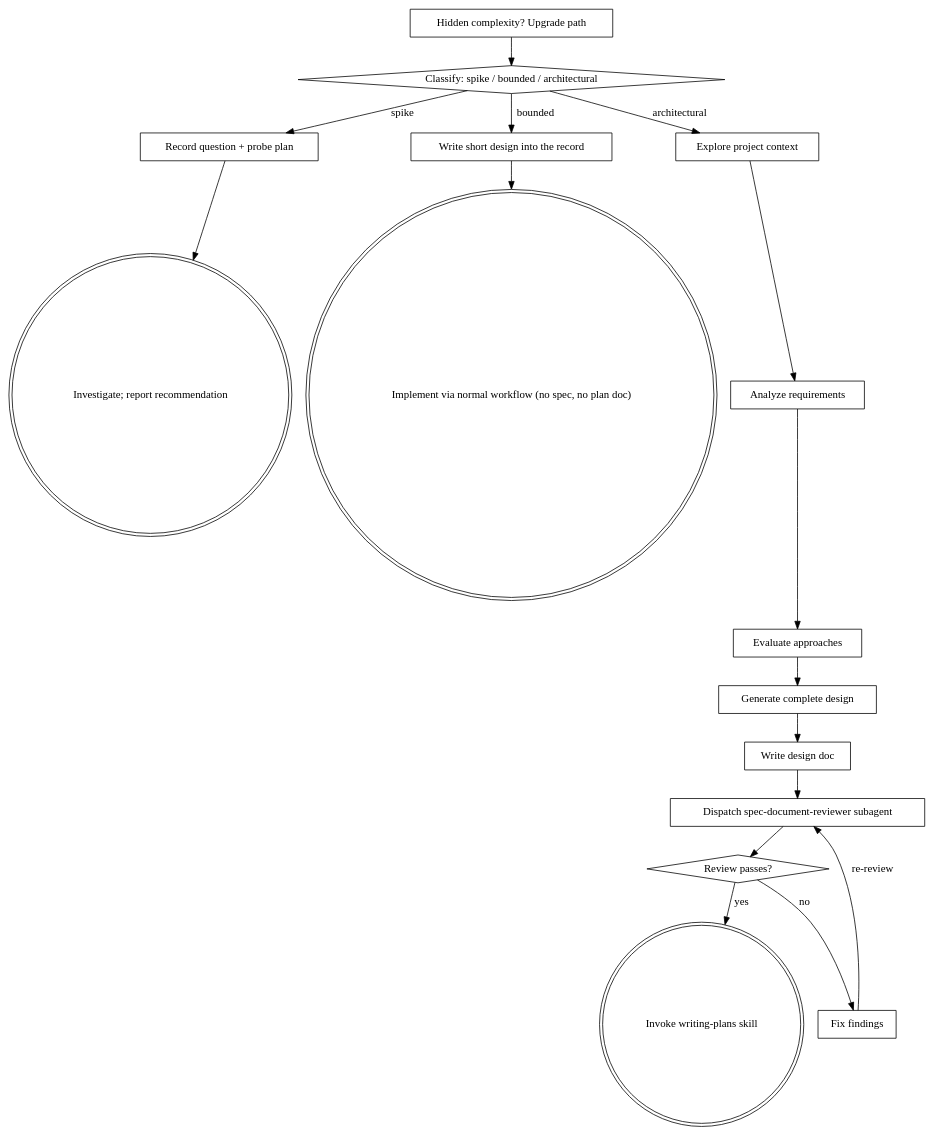
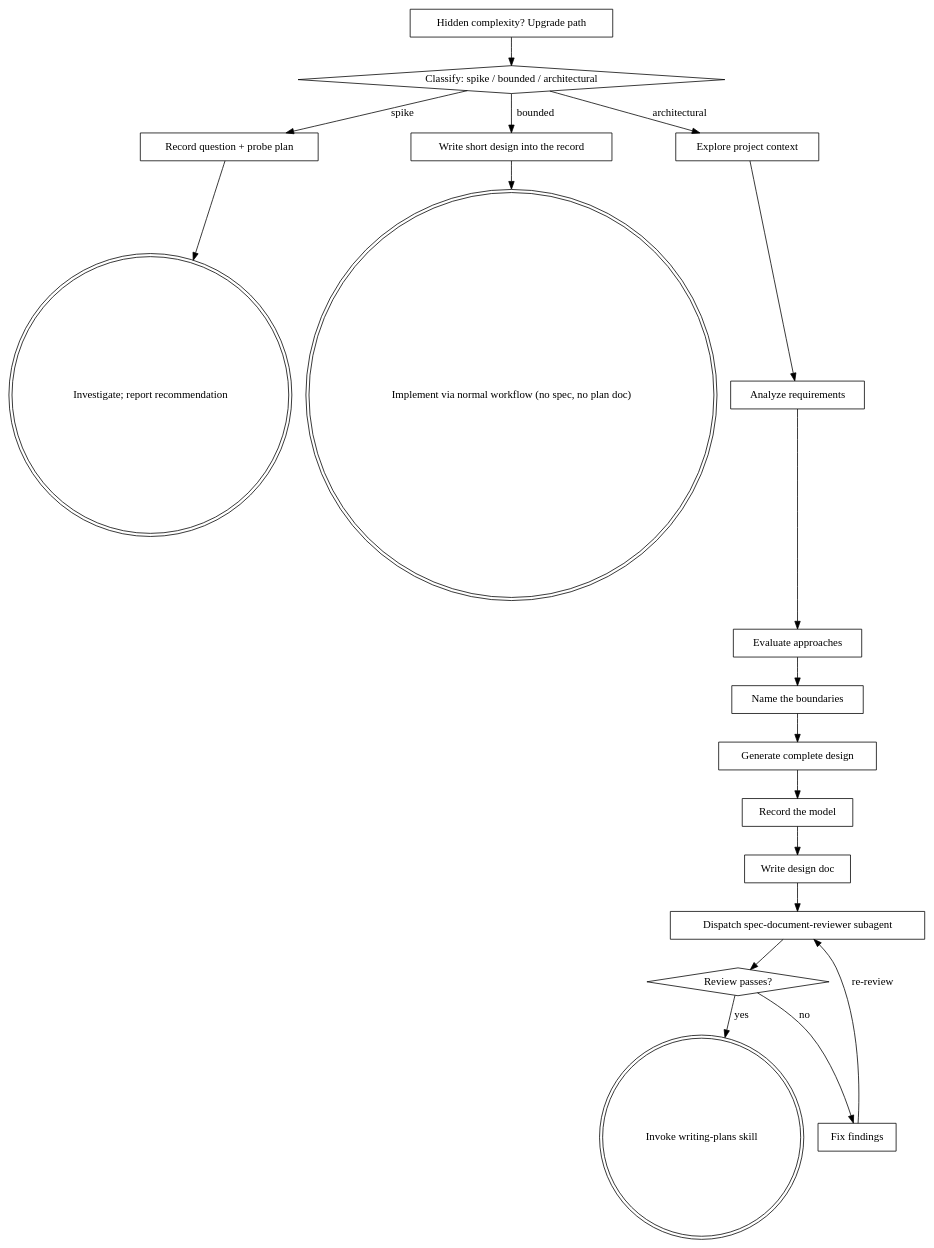
One commit to opcheese/superpowers changed the diagram in skills/brainstorming/SKILL.md. Above: the diagram before and after it, drawn with Graphviz. The commit also changed other lines of this file and 2 other files, not shown here.

````diff
--- a/skills/brainstorming/SKILL.md
+++ b/skills/brainstorming/SKILL.md
@@ -105,36 +107,40 @@
 ```dot
 digraph brainstorming {
     "Classify: spike / bounded / architectural" [shape=diamond];
     "Record question + probe plan" [shape=box];
     "Investigate; report recommendation" [shape=doublecircle];
     "Write short design into the record" [shape=box];
     "Implement via normal workflow (no spec, no plan doc)" [shape=doublecircle];
     "Explore project context" [shape=box];
     "Analyze requirements" [shape=box];
     "Evaluate approaches" [shape=box];
+    "Name the boundaries" [shape=box];
     "Generate complete design" [shape=box];
+    "Record the model" [shape=box];
     "Write design doc" [shape=box];
     "Dispatch spec-document-reviewer subagent" [shape=box];
     "Review passes?" [shape=diamond];
     "Fix findings" [shape=box];
     "Invoke writing-plans skill" [shape=doublecircle];
     "Hidden complexity? Upgrade path" [shape=box];
 
     "Classify: spike / bounded / architectural" -> "Record question + probe plan" [label="spike"];
     "Classify: spike / bounded / architectural" -> "Write short design into the record" [label="bounded"];
     "Classify: spike / bounded / architectural" -> "Explore project context" [label="architectural"];
     "Record question + probe plan" -> "Investigate; report recommendation";
     "Write short design into the record" -> "Implement via normal workflow (no spec, no plan doc)";
     "Hidden complexity? Upgrade path" -> "Classify: spike / bounded / architectural";
 
     "Explore project context" -> "Analyze requirements";
     "Analyze requirements" -> "Evaluate approaches";
-    "Evaluate approaches" -> "Generate complete design";
-    "Generate complete design" -> "Write design doc";
+    "Evaluate approaches" -> "Name the boundaries";
+    "Name the boundaries" -> "Generate complete design";
+    "Generate complete design" -> "Record the model";
+    "Record the model" -> "Write design doc";
     "Write design doc" -> "Dispatch spec-document-reviewer subagent";
     "Dispatch spec-document-reviewer subagent" -> "Review passes?";
     "Review passes?" -> "Fix findings" [label="no"];
     "Fix findings" -> "Dispatch spec-document-reviewer subagent" [label="re-review"];
     "Review passes?" -> "Invoke writing-plans skill" [label="yes"];
 }
 ```
````
